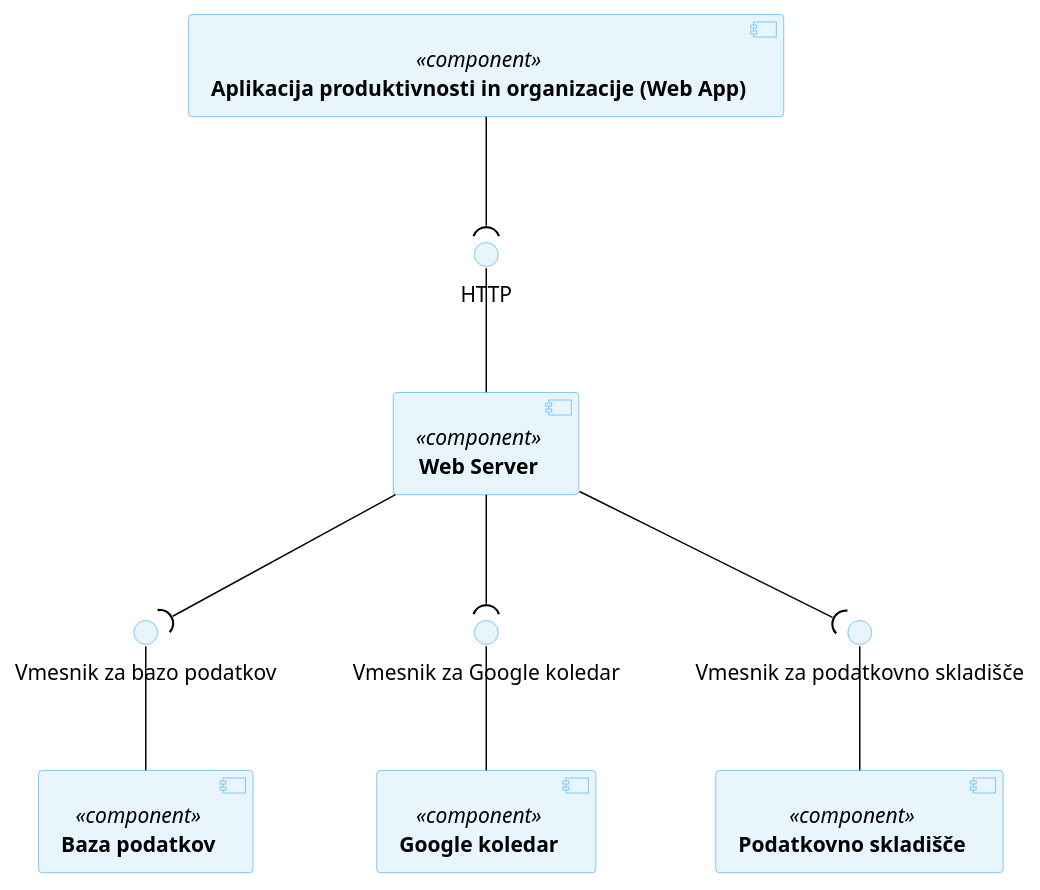
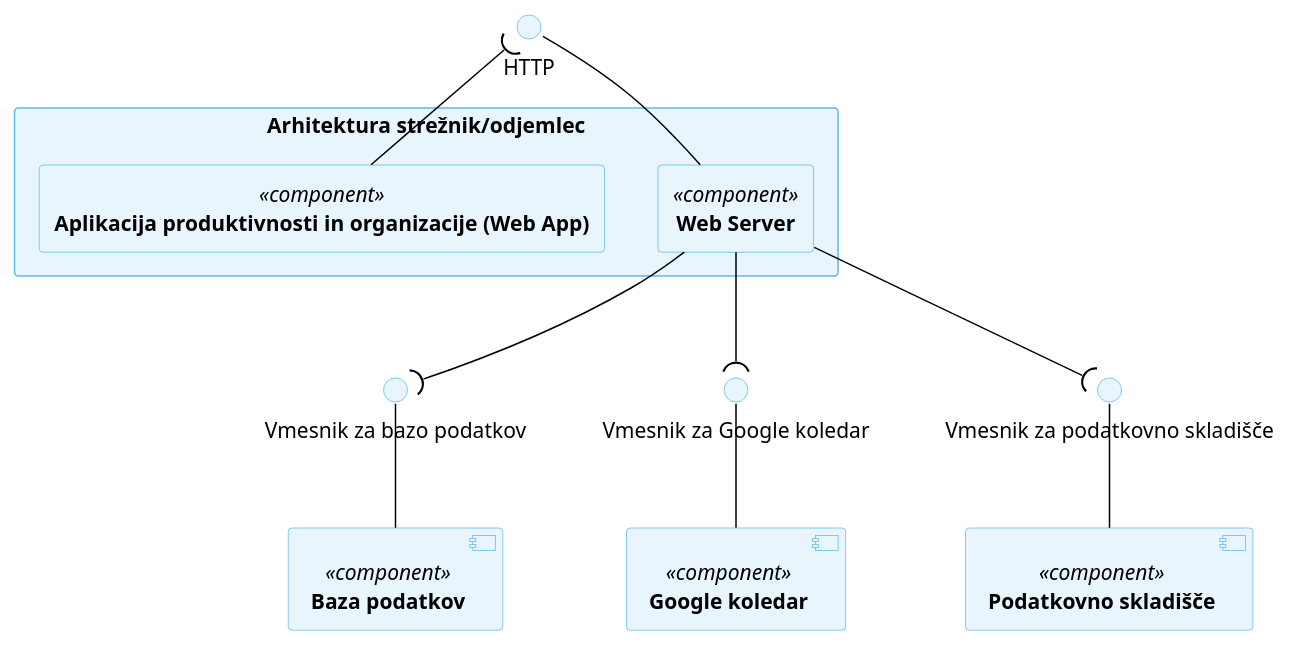
The diagram in docs/gradivo/plantuml/komponentni_diagram.puml (juremrzek/ProductivityApp), drawn with PlantUML before and after one commit.

Commit message:
dodana arhitektura streznik/odjemalec

```diff
--- a/docs/gradivo/plantuml/komponentni_diagram.puml
+++ b/docs/gradivo/plantuml/komponentni_diagram.puml
@@ -1,54 +1,42 @@
 @startuml komponentni_diagram
-
 skinparam backgroundcolor transparent
 skinparam defaultTextAlignment center
 skinparam ArrowColor black
 skinparam component {
   backgroundcolor #e8f5fd
   bordercolor #5FB8EC
 }
 skinparam interface {
   backgroundcolor #e8f5fd
   bordercolor #5FB8EC
 }
 
 interface "Vmesnik za bazo podatkov" as V1
 interface "HTTP" as V2
 interface "Vmesnik za Google koledar" as V3
 interface "Vmesnik za podatkovno skladišče" as V4
 
-component "**Aplikacija produktivnosti in organizacije (Web App)**" as A  <<component>>{
-    'component "Urejanje seznama opravil" as K1 <<component>>
-    'component "Konfiguriranje časovnika" as K2 <<component>>
-    'component "Uporaba časovnika" as K3 <<component>>
-    'component "Ogled dogodkov na koledarju" as K4 <<component>>
-    'component "Upravljanje dogodkov na koledarju" as K5 <<component>>
-    'component "Iskanje uporabnikov" as K6 <<component>>
-    'component "Sledenje uporabnikom" as K7 <<component>>
-    'component "Poročanje o nepravilnem delovanju" as K8 <<component>>
-    'component "Ogled zaslona produktivnosti" as K9 <<component>>
-    'component "Shranjevanje podatkov o aktivnosti\nuporabnikov za analitiko" as K10 <<component>>
-    'component "Upravljanje poročanih\nnepravilnih delovanj" as K11 <<component>>
-    'component "Upravljanje računov zaposlenih" as K12 <<component>>
-    'component "Vnos dogodkov na koledar" as K13 <<component>>
-    'component "Prijava in odjava" as K14 <<component>>
-}
-
-component "**Web Server**" as WS <<component>>
-
 component "**Baza podatkov**" as B <<component>>
 
 component "**Podatkovno skladišče**" as PS <<component>>
 
 component "**Google koledar**" as GK <<component>>
+
+skinparam componentStyle rectangle
+
+component "**Arhitektura strežnik/odjemlec**" as SC{
+  component "**Aplikacija produktivnosti in organizacije (Web App)**" as A  <<component>>{
+  }
+
+  component "**Web Server**" as WS <<component>> 
+}
 
 A --( V2
 V2 -- WS
 WS --( V1
 V1 -- B
 WS --( V3
 V3 -- GK
 WS --( V4
 V4 -- PS
-
 @enduml
```
